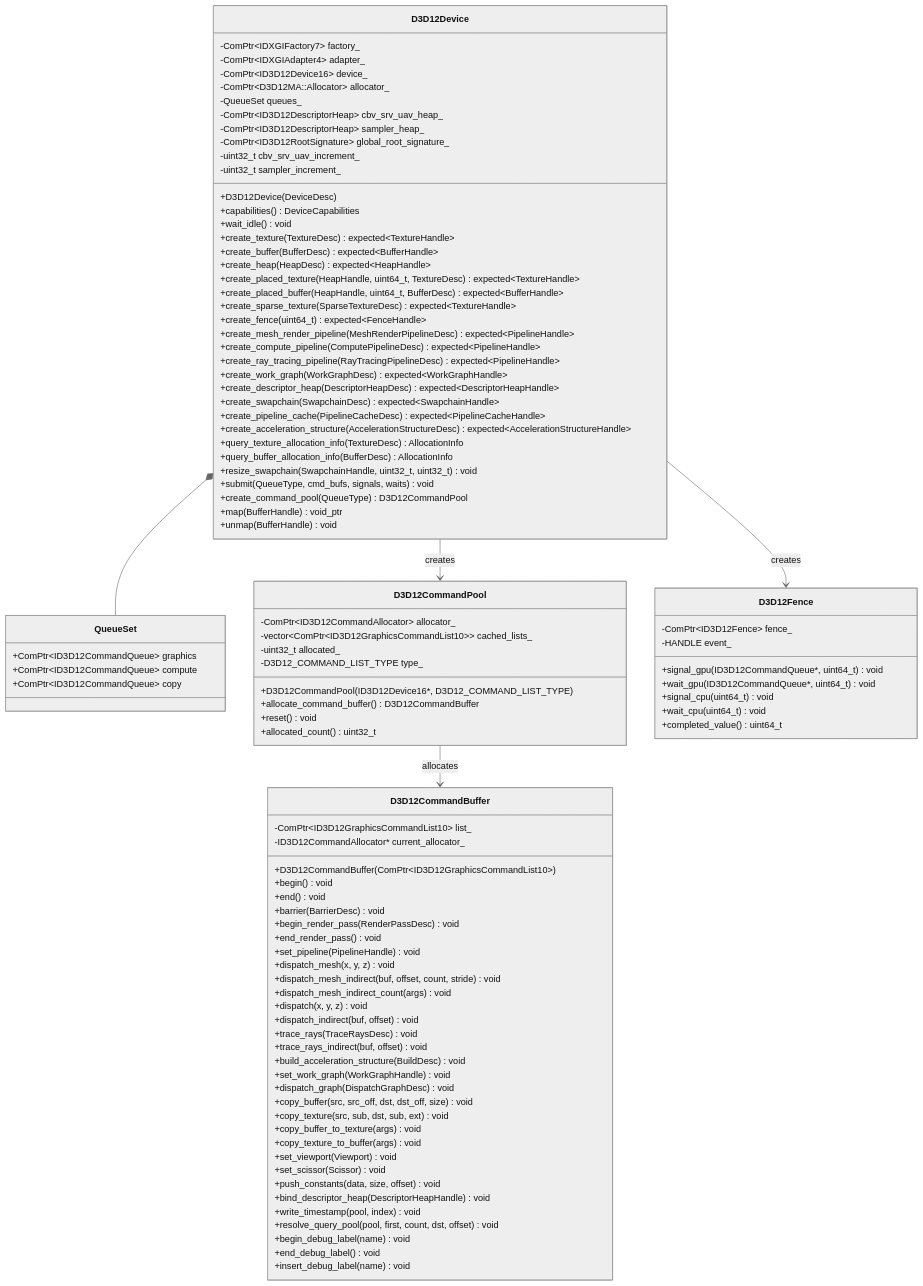
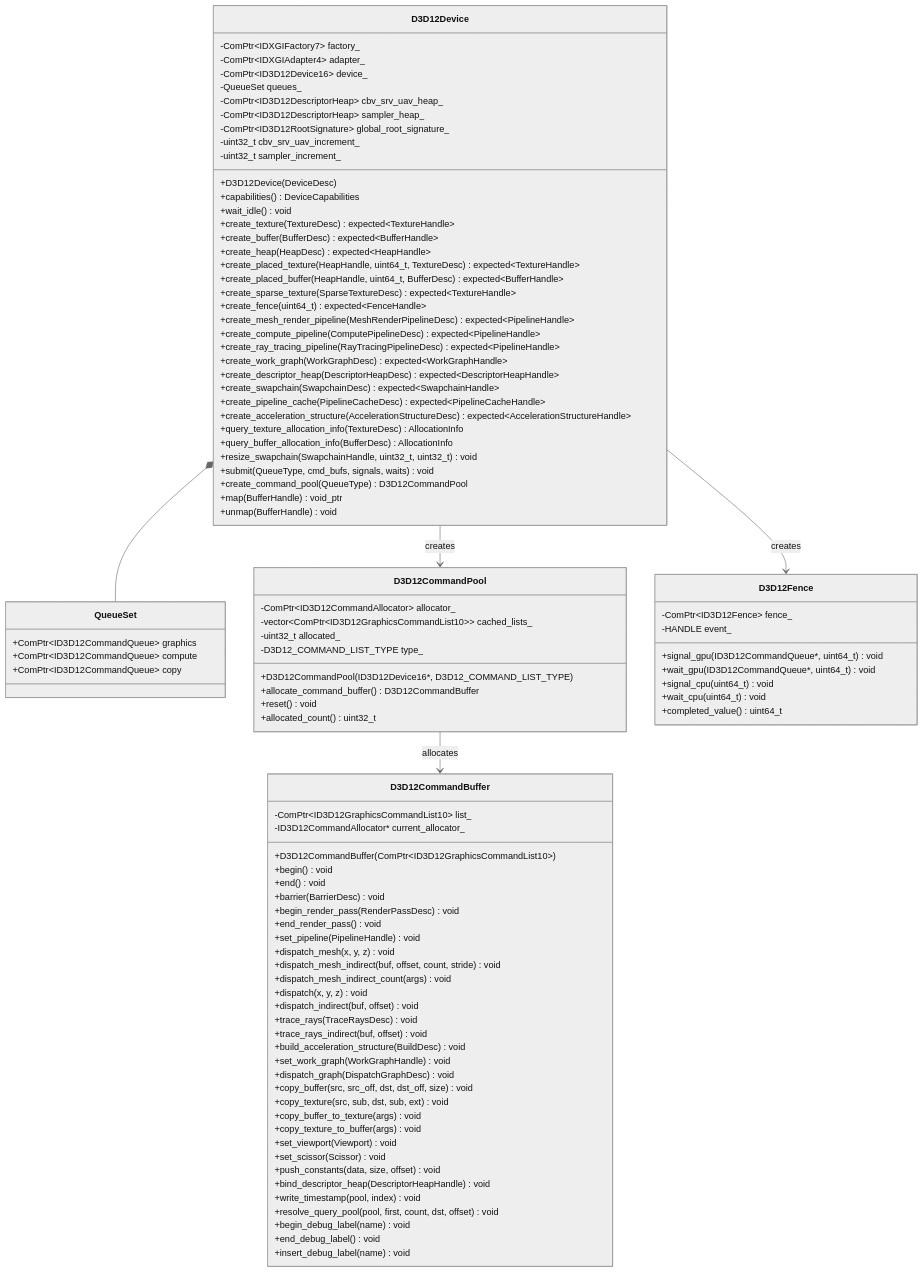
The first of 9 diagrams in docs/design/gpu-backend-d3d12-classes.md (harmonius-dev/harmonius), drawn with Mermaid (neutral theme) before and after one commit. The commit also changed other lines of this file and 28 other files, not shown here.

```diff
--- a/docs/design/gpu-backend-d3d12-classes.md
+++ b/docs/design/gpu-backend-d3d12-classes.md
@@ -35,7 +35,6 @@
         -ComPtr~IDXGIFactory7~ factory_
         -ComPtr~IDXGIAdapter4~ adapter_
         -ComPtr~ID3D12Device16~ device_
-        -ComPtr~D3D12MA::Allocator~ allocator_
         -QueueSet queues_
         -ComPtr~ID3D12DescriptorHeap~ cbv_srv_uav_heap_
         -ComPtr~ID3D12DescriptorHeap~ sampler_heap_
```
